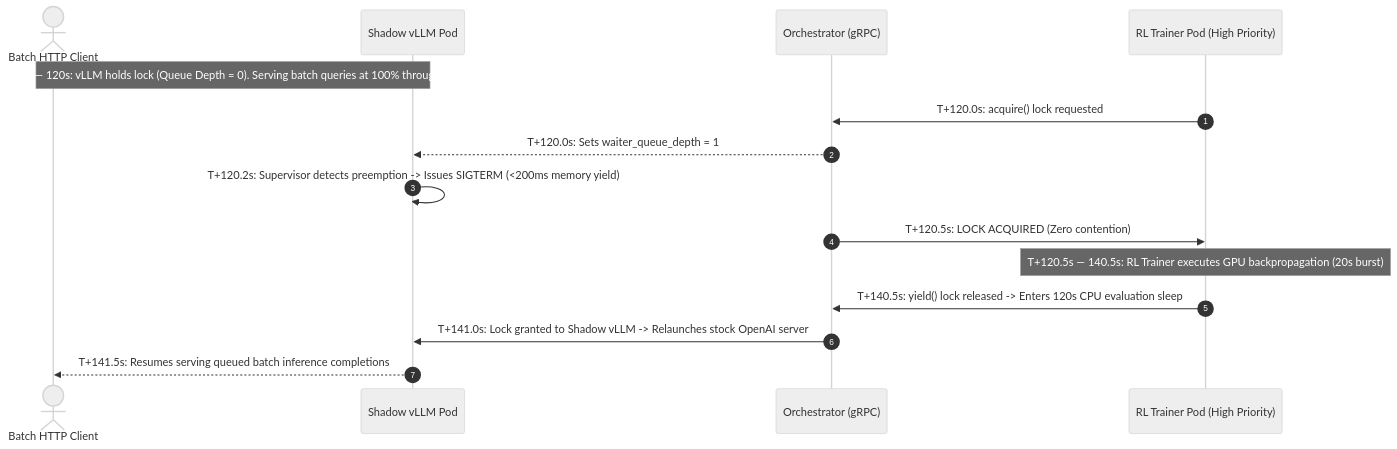
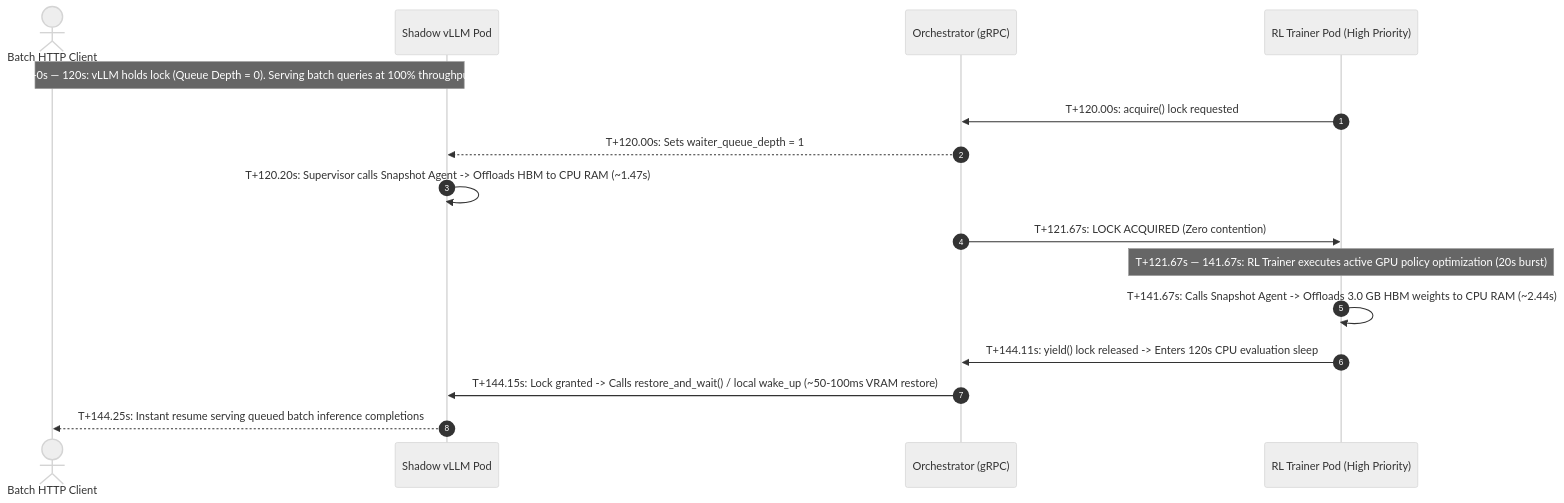
The second of 2 diagrams in guides/rl-batch-interleaving/README.md (ishamdo/llm-d-rl-time-slicing), drawn with Mermaid (neutral theme) before and after one commit. The commit also changed other lines of this file and 7 other files, not shown here.

````diff
--- a/guides/rl-batch-interleaving/README.md
+++ b/guides/rl-batch-interleaving/README.md
@@ -297,18 +322,19 @@
 ```mermaid
 sequenceDiagram
     autonumber
     actor Client as Batch HTTP Client
     participant vLLM as Shadow vLLM Pod
     participant Orch as Orchestrator (gRPC)
     participant RL as RL Trainer Pod (High Priority)
 
     Note over Client,vLLM: T+0s — 120s: vLLM holds lock (Queue Depth = 0). Serving batch queries at 100% throughput.
-    RL->>Orch: T+120.0s: acquire() lock requested
-    Orch-->>vLLM: T+120.0s: Sets waiter_queue_depth = 1
-    vLLM->>vLLM: T+120.2s: Supervisor detects preemption -> Issues SIGTERM (<200ms memory yield)
-    Orch->>RL: T+120.5s: LOCK ACQUIRED (Zero contention)
-    Note over RL: T+120.5s — 140.5s: RL Trainer executes GPU backpropagation (20s burst)
-    RL->>Orch: T+140.5s: yield() lock released -> Enters 120s CPU evaluation sleep
-    Orch->>vLLM: T+141.0s: Lock granted to Shadow vLLM -> Relaunches stock OpenAI server
-    vLLM-->>Client: T+141.5s: Resumes serving queued batch inference completions
+    RL->>Orch: T+120.00s: acquire() lock requested
+    Orch-->>vLLM: T+120.00s: Sets waiter_queue_depth = 1
+    vLLM->>vLLM: T+120.20s: Supervisor calls Snapshot Agent -> Offloads HBM to CPU RAM (~1.47s)
+    Orch->>RL: T+121.67s: LOCK ACQUIRED (Zero contention)
+    Note over RL: T+121.67s — 141.67s: RL Trainer executes active GPU policy optimization (20s burst)
+    RL->>RL: T+141.67s: Calls Snapshot Agent -> Offloads 3.0 GB HBM weights to CPU RAM (~2.44s)
+    RL->>Orch: T+144.11s: yield() lock released -> Enters 120s CPU evaluation sleep
+    Orch->>vLLM: T+144.15s: Lock granted -> Calls restore_and_wait() / local wake_up (~50-100ms VRAM restore)
+    vLLM-->>Client: T+144.25s: Instant resume serving queued batch inference completions
 ```
````
